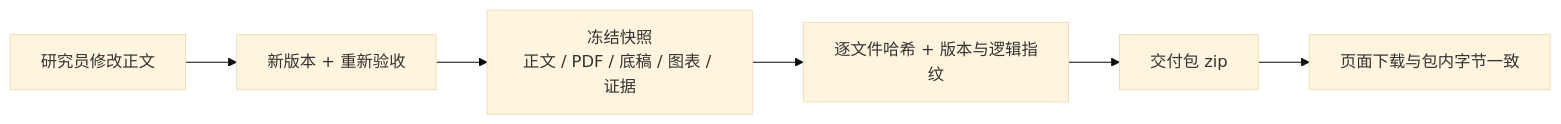
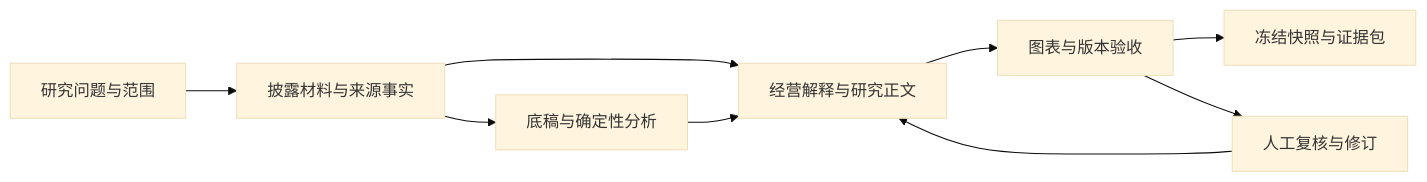
Before and after one commit to momang85/weavemind: the diagram in README.md, drawn with Mermaid (base theme). The commit also changed other lines of this file and 109 other files, not shown here.

````diff
--- a/README.md
+++ b/README.md
@@ -102,8 +229,11 @@
 ```mermaid
 flowchart LR
-    R[研究员修改正文] --> V[新版本 + 重新验收]
-    V --> S[冻结快照<br/>正文 / PDF / 底稿 / 图表 / 证据]
-    S --> H[逐文件哈希 + 版本与逻辑指纹]
-    H --> Z[交付包 zip]
-    Z --> D[页面下载与包内字节一致]
+    U[研究问题与范围] --> F[披露材料与来源事实]
+    F --> M[底稿与确定性分析]
+    F --> N[经营解释与研究正文]
+    M --> N
+    N --> R[图表与版本验收]
+    R --> D[冻结快照与证据包]
+    R --> H[人工复核与修订]
+    H --> N
 ```
````
